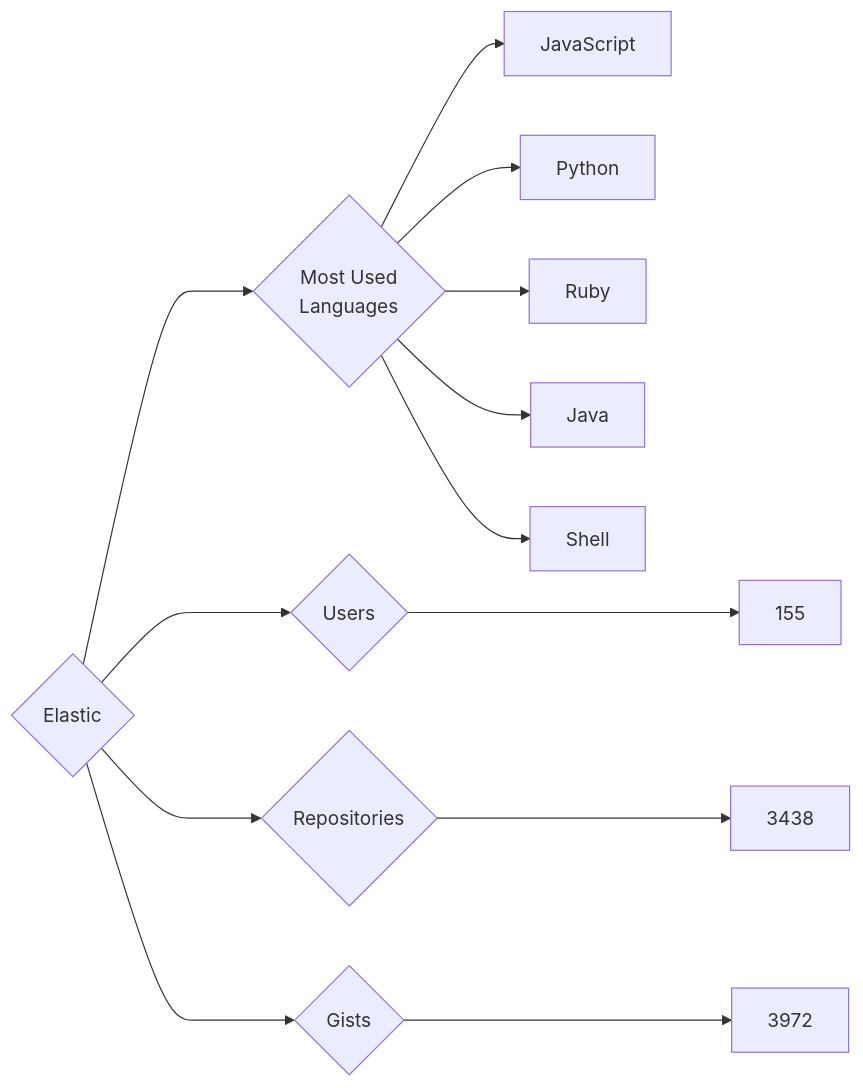
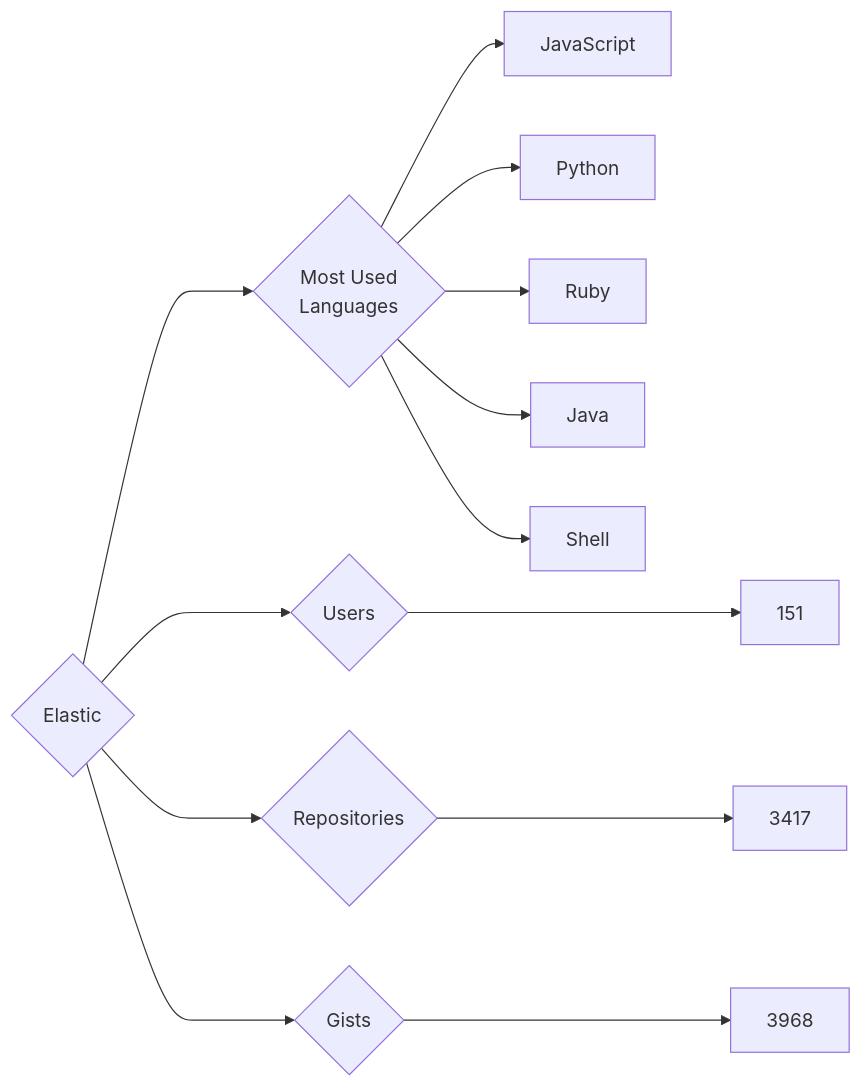
The diagram in targets/Elastic/README.md (trickest/insiders), drawn with Mermaid before and after one commit. The commit also changed 676 other files, not shown here.

````diff
--- a/targets/Elastic/README.md
+++ b/targets/Elastic/README.md
@@ -3,13 +3,13 @@
 ```mermaid
 graph LR
 COMPANY_NAME{Elastic}
-COMPANY_NAME ---> U{Users} ---> UN[155]
-COMPANY_NAME ---> R{Repositories} ---> RN[3438]
-COMPANY_NAME ---> G{Gists} ---> GN[3972]
+COMPANY_NAME ---> U{Users} ---> UN[151]
+COMPANY_NAME ---> R{Repositories} ---> RN[3417]
+COMPANY_NAME ---> G{Gists} ---> GN[3968]
 COMPANY_NAME ---> ML{Most Used<br>Languages}
 ML --> JavaScript[JavaScript]
 ML --> Python[Python]
 ML --> Ruby[Ruby]
 ML --> Java[Java]
 ML --> Shell[Shell]
 ```
````
